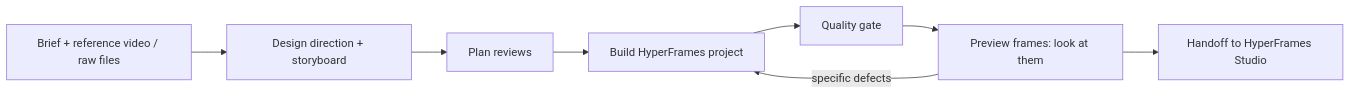
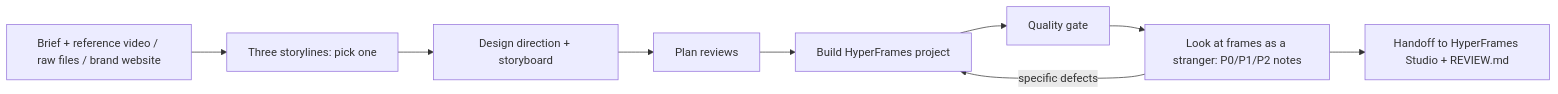
One commit to HariNayan/Motion-Harness changed the diagram in README.md. Above: the diagram before and after it, drawn with Mermaid. The commit also changed other lines of this file and 3 other files, not shown here.

First line of the commit message:
Rewrite the agent procedure around storylines, review and specific briefs

````diff
--- a/README.md
+++ b/README.md
@@ -63,10 +64,11 @@
 ```mermaid
 flowchart LR
-  A["Brief + reference video / raw files"] --> B["Design direction + storyboard"]
+  A["Brief + reference video / raw files / brand website"] --> S["Three storylines: pick one"]
+  S --> B["Design direction + storyboard"]
   B --> C["Plan reviews"]
   C --> D["Build HyperFrames project"]
   D --> E["Quality gate"]
-  E --> F["Preview frames: look at them"]
+  E --> F["Look at frames as a stranger: P0/P1/P2 notes"]
   F -- "specific defects" --> D
-  F --> G["Handoff to HyperFrames Studio"]
+  F --> G["Handoff to HyperFrames Studio + REVIEW.md"]
 ```
````
